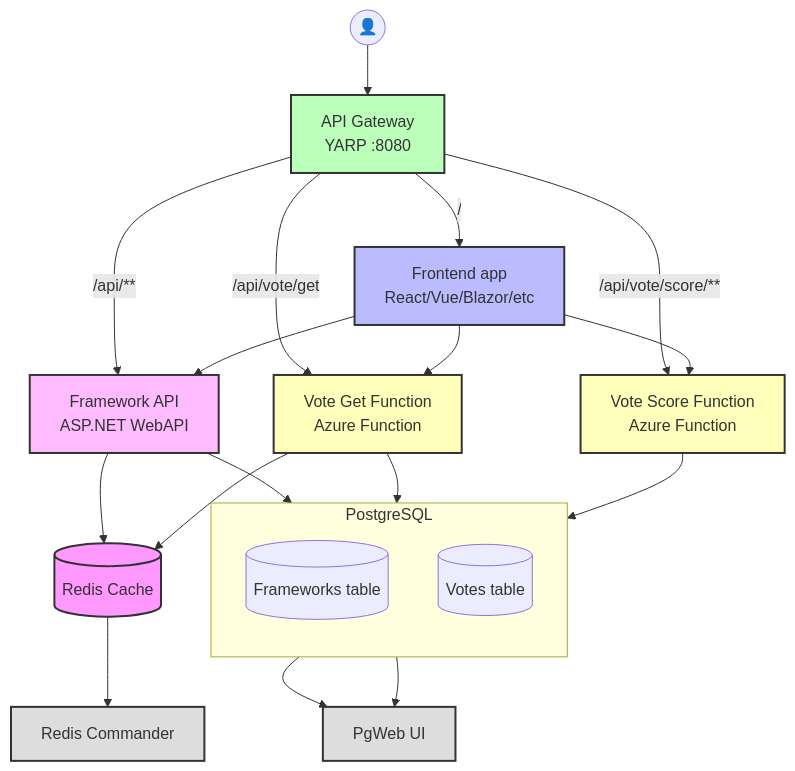
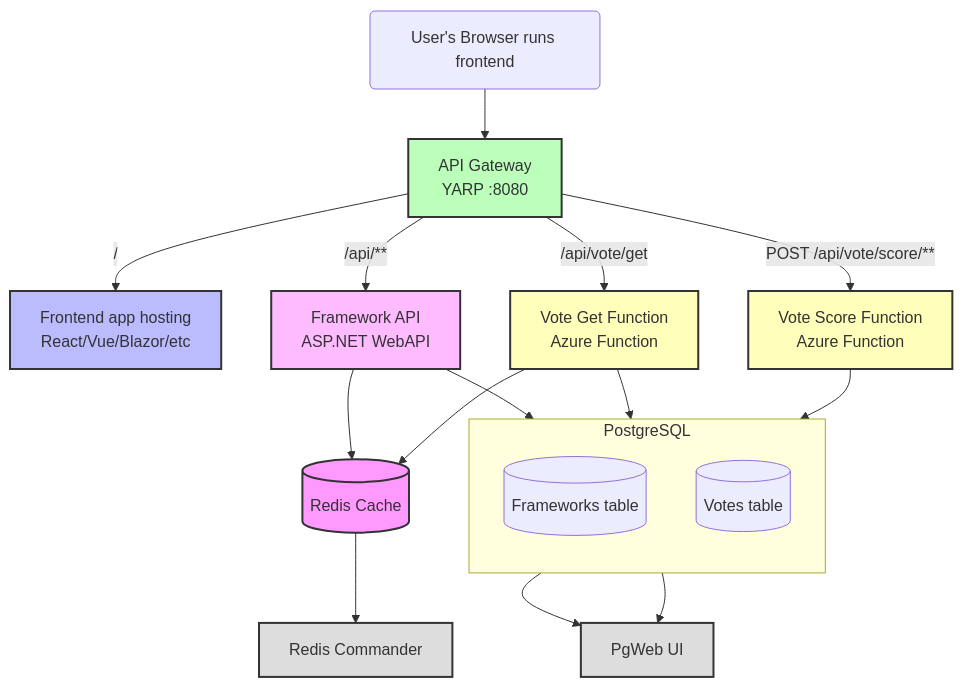
One commit to robrich/aspire-accelerator-workshop changed the diagram in 1-everything/architecture-rp.md. Above: the diagram before and after it, drawn with Mermaid. The commit also changed 5 other files, not shown here.

````diff
--- a/1-everything/architecture-rp.md
+++ b/1-everything/architecture-rp.md
@@ -6,60 +6,55 @@
 ```mermaid
 graph TB
     %% Services
     gateway[API Gateway<br/>YARP :8080]
-    frontend[Frontend app<br/>React/Vue/Blazor/etc]
+    frontend[Frontend app hosting<br/>React/Vue/Blazor/etc]
     frameworkApi[Framework API<br/>ASP.NET WebAPI]
     funcVoteGet[Vote Get Function<br/>Azure Function]
     funcVoteScore[Vote Score Function<br/>Azure Function]
     redis[(Redis Cache)]
     pgweb[PgWeb UI]
     redisCommander[Redis Commander]
 
     %% PostgreSQL grouped tables
     subgraph postgresDB[PostgreSQL]
         direction TB
         frameworksTable[(Frameworks table)]
         votesTable[(Votes table)]
     end
 
     %% Database connections
     frameworksTable --> pgweb
     votesTable --> pgweb
     redis --> redisCommander
 
     %% Gateway routes
     gateway --> |/| frontend
     gateway --> |/api/vote/get| funcVoteGet
-    gateway --> |/api/vote/score/**| funcVoteScore
     gateway --> |/api/**| frameworkApi
-
-    %% Service dependencies
-    frontend --> frameworkApi
-    frontend --> funcVoteGet
-    frontend --> funcVoteScore
+    gateway --> |POST /api/vote/score/**| funcVoteScore
 
     frameworkApi --> frameworksTable
     frameworkApi --> redis
 
     funcVoteGet --> votesTable
     funcVoteGet --> redis
 
     funcVoteScore --> votesTable
 
-    user((👤)) --> gateway
+    user(User's Browser runs frontend) --> gateway
 
     %% Styling
     classDef database fill:#f9f,stroke:#333,stroke-width:2px
     classDef frontend fill:#bbf,stroke:#333,stroke-width:2px
     classDef gateway fill:#bfb,stroke:#333,stroke-width:2px
     classDef function fill:#ffb,stroke:#333,stroke-width:2px
     classDef api fill:#fbf,stroke:#333,stroke-width:2px
     classDef ui fill:#ddd,stroke:#333,stroke-width:2px
 
     class postgres,redis database
     class frontend frontend
     class gateway gateway
     class funcVoteGet,funcVoteScore function
     class frameworkApi api
     class pgweb,redisCommander ui
 ```
````
